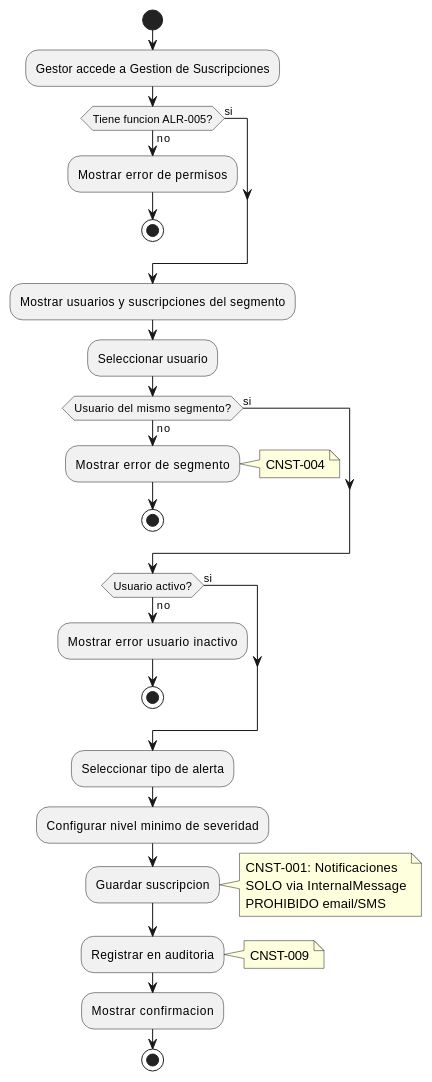
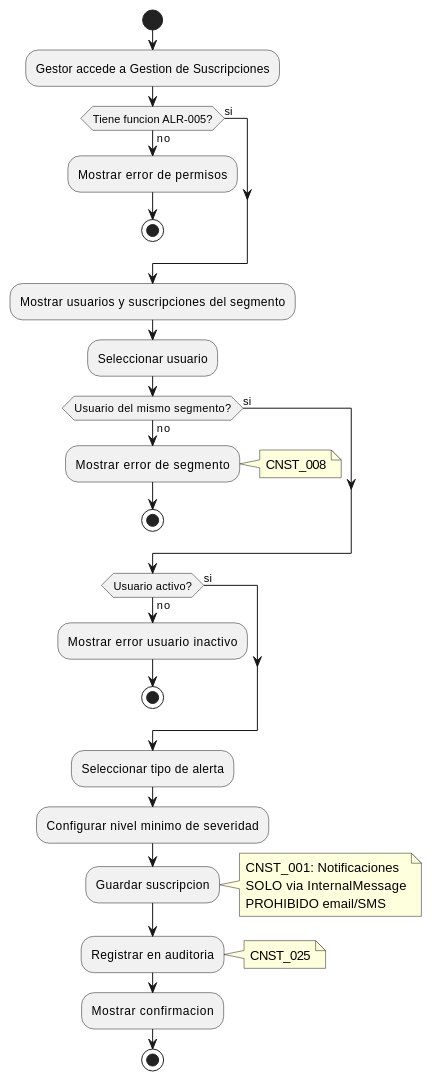
The third of 3 diagrams in source/requisitos/casos_uso/alerts/UC_ALR_05_Gestionar_Suscripciones.rst (jcg-admin/IACT-docs), drawn with PlantUML before and after one commit. The commit also changed other lines of this file and 67 other files, not shown here.

```diff
--- a/source/requisitos/casos_uso/alerts/UC_ALR_05_Gestionar_Suscripciones.rst
+++ b/source/requisitos/casos_uso/alerts/UC_ALR_05_Gestionar_Suscripciones.rst
@@ -363,46 +363,46 @@
 .. uml::
    :caption: Diagrama de Actividad - UC_ALR_05
 
    @startuml
    start
    :Gestor accede a Gestion de Suscripciones;
 
    if (Tiene funcion ALR-005?) then (no)
      :Mostrar error de permisos;
      stop
    else (si)
    endif
 
    :Mostrar usuarios y suscripciones del segmento;
    :Seleccionar usuario;
 
    if (Usuario del mismo segmento?) then (no)
      :Mostrar error de segmento;
-     note right: CNST-004
+     note right: CNST_008
      stop
    else (si)
    endif
 
    if (Usuario activo?) then (no)
      :Mostrar error usuario inactivo;
      stop
    else (si)
    endif
 
    :Seleccionar tipo de alerta;
    :Configurar nivel minimo de severidad;
    :Guardar suscripcion;
 
    note right
-     CNST-001: Notificaciones
+     CNST_001: Notificaciones
      SOLO via InternalMessage
      PROHIBIDO email/SMS
    end note
 
    :Registrar en auditoria;
-   note right: CNST-009
+   note right: CNST_025
 
    :Mostrar confirmacion;
 
    stop
    @enduml
```
